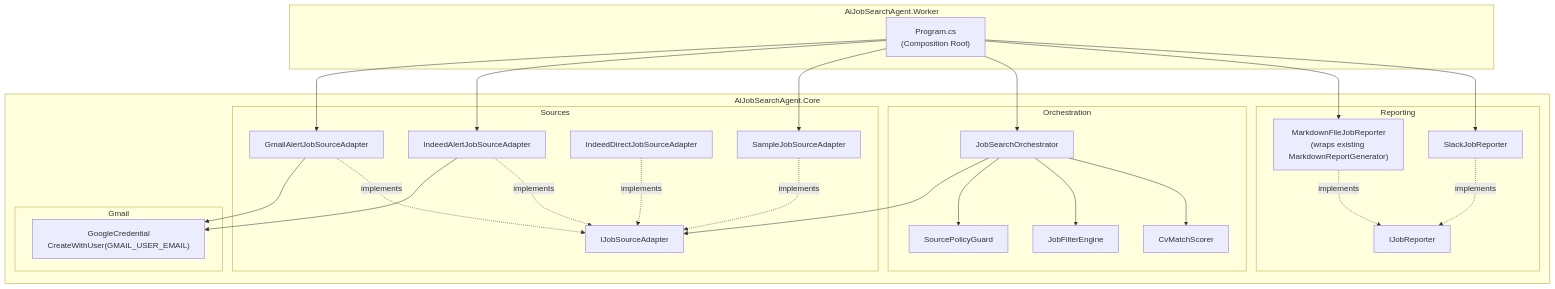
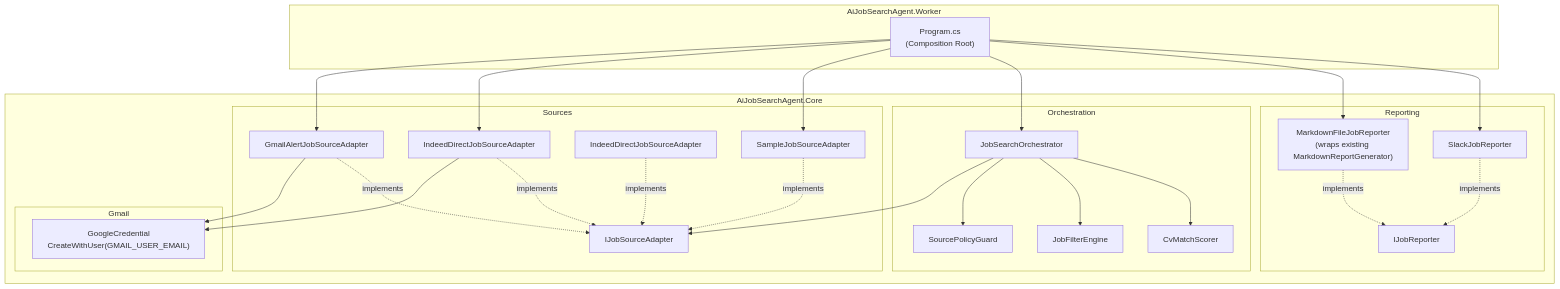
Before and after one commit to ekanatha-urivakili/AiJobSearchAgent: the second of 11 diagrams in docs/gmail-slack-integration.md, drawn with Mermaid. The commit also changed other lines of this file and 14 other files, not shown here.

````diff
--- a/docs/gmail-slack-integration.md
+++ b/docs/gmail-slack-integration.md
@@ -79,55 +78,55 @@
 ```mermaid
 graph TB
     subgraph Worker["AiJobSearchAgent.Worker"]
         P["Program.cs\n(Composition Root)"]
     end
 
     subgraph Core["AiJobSearchAgent.Core"]
         subgraph Sources
             ISA["IJobSourceAdapter"]
             GJSA["GmailAlertJobSourceAdapter"]
-            IJSA["IndeedAlertJobSourceAdapter"]
+            IJSA["IndeedDirectJobSourceAdapter"]
             IDJSA["IndeedDirectJobSourceAdapter"]
             SJSA["SampleJobSourceAdapter"]
         end
 
         subgraph Orchestration
             JO["JobSearchOrchestrator"]
             SPG["SourcePolicyGuard"]
             JFE["JobFilterEngine"]
             CMS["CvMatchScorer"]
         end
 
         subgraph Reporting
             IJR["IJobReporter"]
             MFR["MarkdownFileJobReporter\n(wraps existing MarkdownReportGenerator)"]
             SJR["SlackJobReporter"]
         end
 
         subgraph Gmail
             GCA["GoogleCredential\nCreateWithUser(GMAIL_USER_EMAIL)"]
         end
     end
 
     P --> GJSA
     P --> IJSA
     P --> SJSA
     P --> JO
     P --> MFR
     P --> SJR
 
     GJSA --> GCA
     IJSA --> GCA
 
     JO --> ISA
     JO --> SPG
     JO --> JFE
     JO --> CMS
 
     GJSA -.->|implements| ISA
     IJSA -.->|implements| ISA
     IDJSA -.->|implements| ISA
     SJSA -.->|implements| ISA
     MFR -.->|implements| IJR
     SJR -.->|implements| IJR
 ```
````
